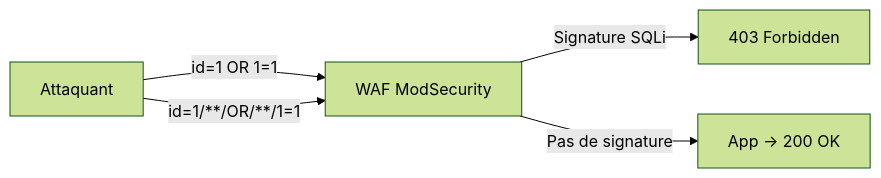
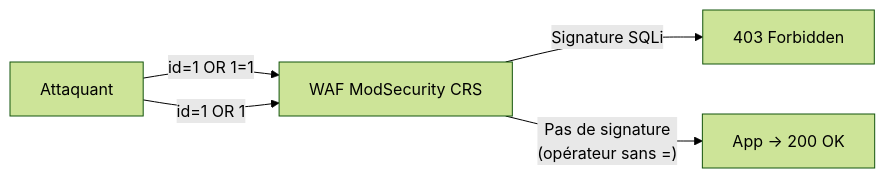
Before and after one commit to yugmerabtene/techniques-de-hacking-niveau-1: the second of 3 diagrams in JOUR-03-vulnerabilites-avancees-contournement-protections.md, drawn with Mermaid (forest theme). The commit also changed other lines of this file and 5 other files, not shown here.

````diff
--- a/JOUR-03-vulnerabilites-avancees-contournement-protections.md
+++ b/JOUR-03-vulnerabilites-avancees-contournement-protections.md
@@ -282,7 +259,7 @@
 ```mermaid
 flowchart LR
-    A["Attaquant"] -->|"id=1 OR 1=1"| B["WAF ModSecurity"]
+    A["Attaquant"] -->|"id=1 OR 1=1"| B["WAF ModSecurity CRS"]
     B -->|"Signature SQLi"| C["403 Forbidden"]
-    A -->|"id=1/**/OR/**/1=1"| B
-    B -->|"Pas de signature"| D["App → 200 OK"]
+    A -->|"id=1 OR 1"| B
+    B -->|"Pas de signature<br/>(opérateur sans =)"| D["App → 200 OK"]
 ```
````
